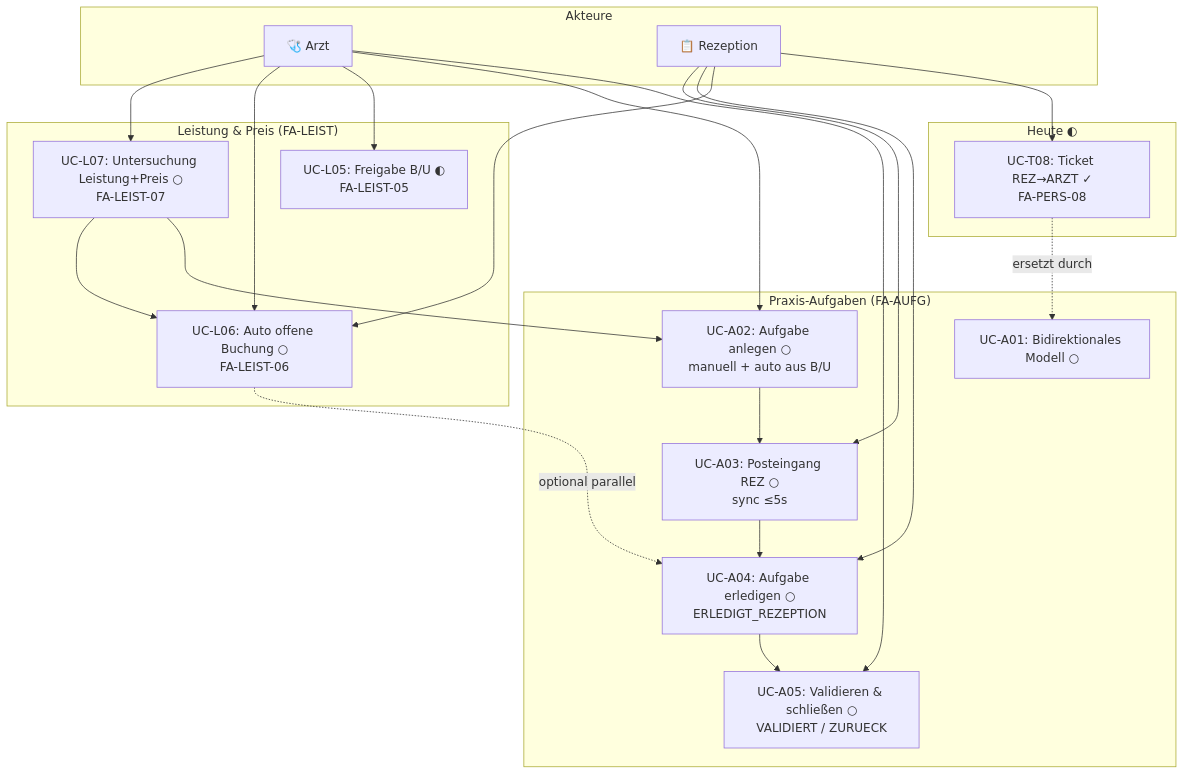
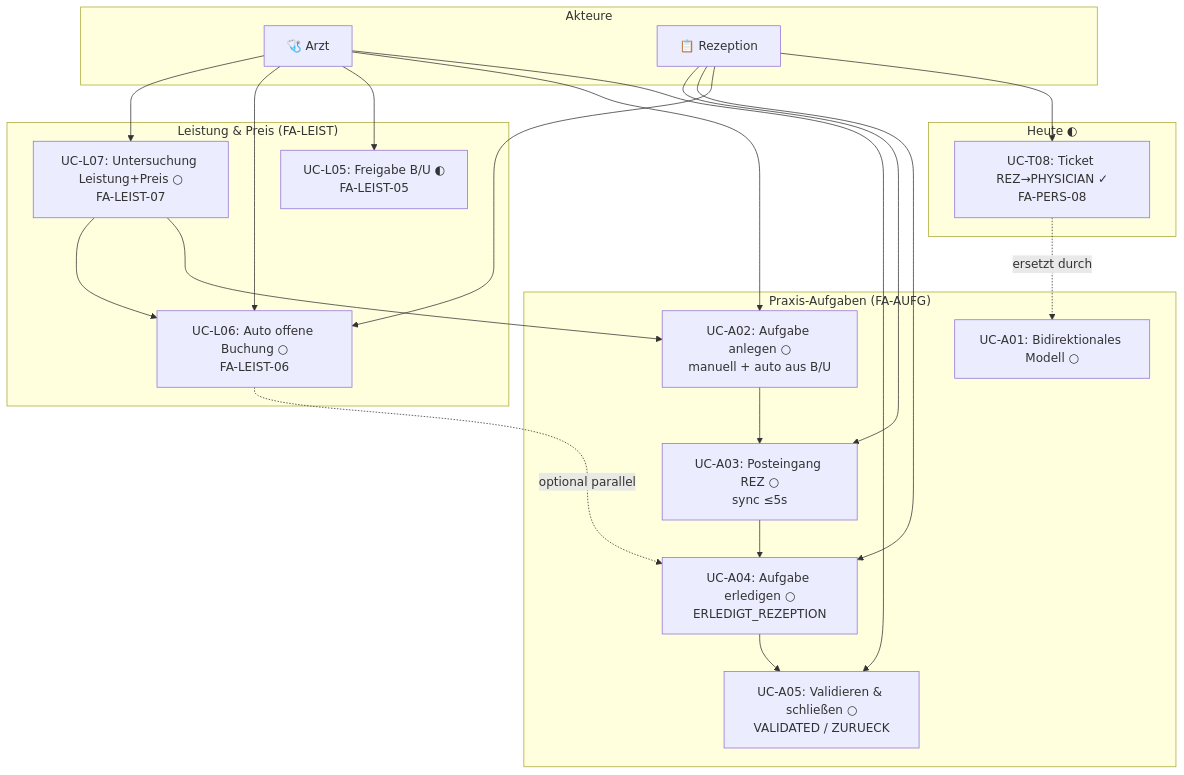
The first of 4 diagrams in docs/uml/09-aufgaben-leistung-kollaboration.md (Achrafbennanizia/Medoc), drawn with Mermaid before and after one commit. The commit also changed other lines of this file and 1081 other files, not shown here.

````diff
--- a/docs/uml/09-aufgaben-leistung-kollaboration.md
+++ b/docs/uml/09-aufgaben-leistung-kollaboration.md
@@ -17,36 +17,36 @@
 ```mermaid
 flowchart TB
     subgraph Akteure
-        ARZT["🩺 Arzt"]
+        PHYSICIAN["🩺 Arzt"]
         REZ["📋 Rezeption"]
     end
 
     subgraph Leistung["Leistung & Preis (FA-LEIST)"]
         UC_L7["UC-L07: Untersuchung Leistung+Preis ○<br/>FA-LEIST-07"]
         UC_L6["UC-L06: Auto offene Buchung ○<br/>FA-LEIST-06"]
         UC_L5["UC-L05: Freigabe B/U ◐<br/>FA-LEIST-05"]
     end
 
     subgraph Aufgaben["Praxis-Aufgaben (FA-AUFG)"]
         UC_A2["UC-A02: Aufgabe anlegen ○<br/>manuell + auto aus B/U"]
         UC_A3["UC-A03: Posteingang REZ ○<br/>sync ≤5s"]
         UC_A4["UC-A04: Aufgabe erledigen ○<br/>ERLEDIGT_REZEPTION"]
-        UC_A5["UC-A05: Validieren & schließen ○<br/>VALIDIERT / ZURUECK"]
+        UC_A5["UC-A05: Validieren & schließen ○<br/>VALIDATED / ZURUECK"]
         UC_A1["UC-A01: Bidirektionales Modell ○"]
     end
 
     subgraph Legacy["Heute ◐"]
-        UC_T8["UC-T08: Ticket REZ→ARZT ✓<br/>FA-PERS-08"]
+        UC_T8["UC-T08: Ticket REZ→PHYSICIAN ✓<br/>FA-PERS-08"]
     end
 
-    ARZT --> UC_L7 & UC_L6 & UC_L5 & UC_A2 & UC_A5
+    PHYSICIAN --> UC_L7 & UC_L6 & UC_L5 & UC_A2 & UC_A5
     REZ --> UC_A3 & UC_A4 & UC_L6 & UC_T8
 
     UC_L7 --> UC_L6
     UC_L7 --> UC_A2
     UC_A2 --> UC_A3
     UC_A3 --> UC_A4
     UC_A4 --> UC_A5
     UC_L6 -.->|optional parallel| UC_A4
     UC_T8 -.->|ersetzt durch| UC_A1
 ```
````
